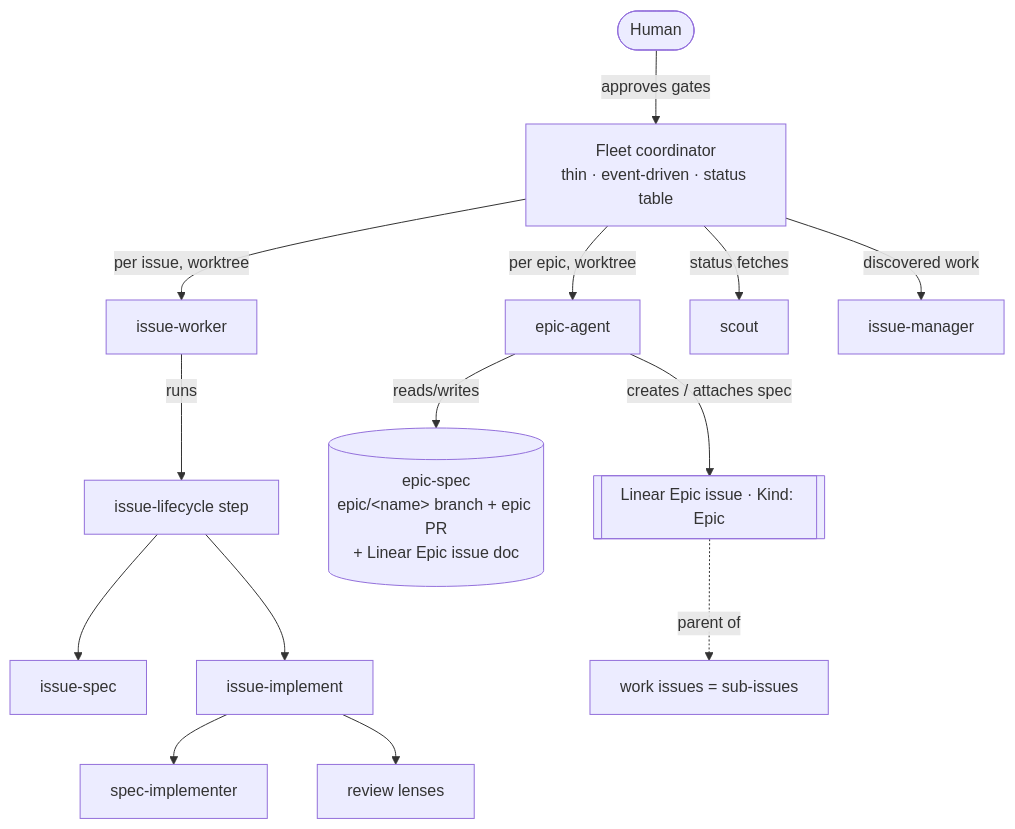
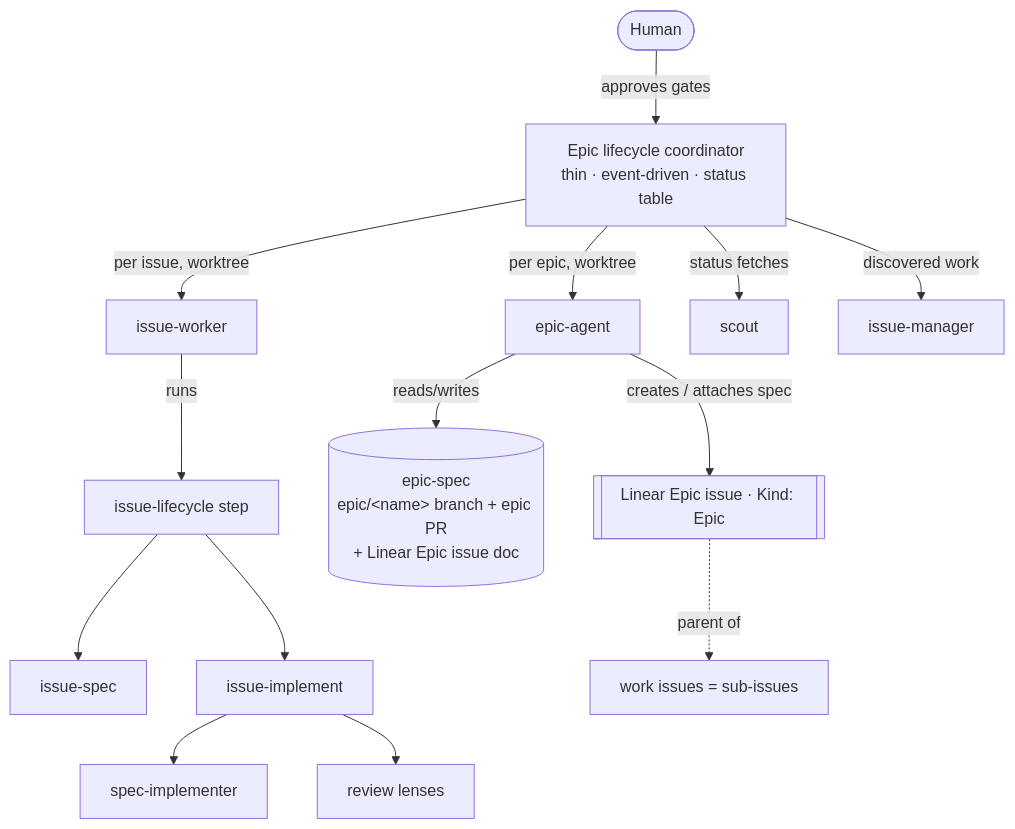
One commit to fixpoint-labs/flow-state-dev changed the first of 3 diagrams in docs/contributing/orchestration.md. Above: the diagram before and after it, drawn with Mermaid. The commit also changed other lines of this file and 19 other files, not shown here.

First line of the commit message:
docs(process): spec review is a direction check; rename issue-fleet to epic-lifecycle

````diff
--- a/docs/contributing/orchestration.md
+++ b/docs/contributing/orchestration.md
@@ -30,15 +38,15 @@
 ```mermaid
 flowchart TD
-  U([Human]) -->|approves gates| Fleet
-  Fleet[Fleet coordinator<br/>thin · event-driven · status table]
-  Fleet -->|per issue, worktree| IW[issue-worker]
-  Fleet -->|per epic, worktree| EA[epic-agent]
-  Fleet -->|status fetches| SC[scout]
-  Fleet -->|discovered work| IM[issue-manager]
+  U([Human]) -->|approves gates| Coord
+  Coord[Epic lifecycle coordinator<br/>thin · event-driven · status table]
+  Coord -->|per issue, worktree| IW[issue-worker]
+  Coord -->|per epic, worktree| EA[epic-agent]
+  Coord -->|status fetches| SC[scout]
+  Coord -->|discovered work| IM[issue-manager]
   IW -->|runs| IL[issue-lifecycle step]
   IL --> CS[issue-spec] & II[issue-implement]
   II --> SI[spec-implementer] & RV[review lenses]
   EA -->|reads/writes| ES[(epic-spec<br/>epic/&lt;name&gt; branch + epic PR<br/>+ Linear Epic issue doc)]
   EPIC[[Linear Epic issue · Kind: Epic]] -.->|parent of| ISS[work issues = sub-issues]
   EA -->|creates / attaches spec| EPIC
 ```
````
